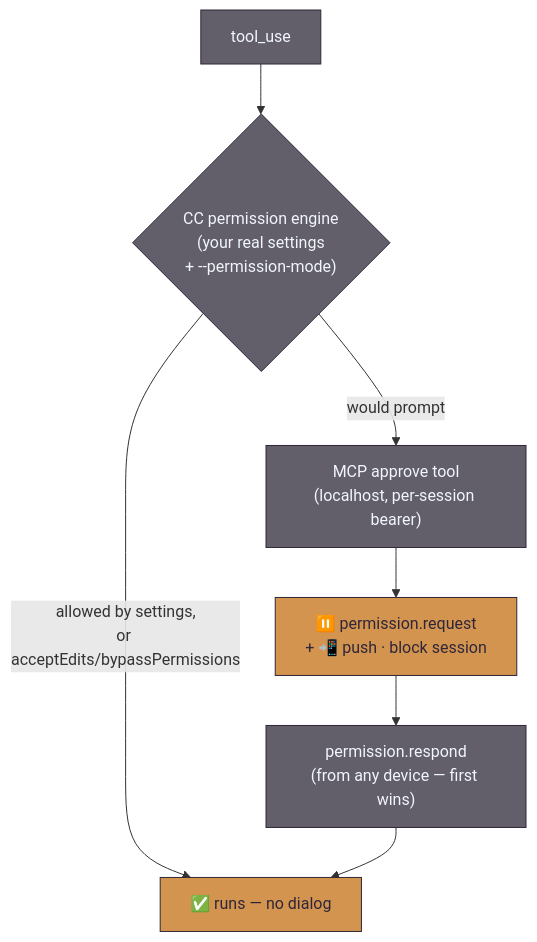
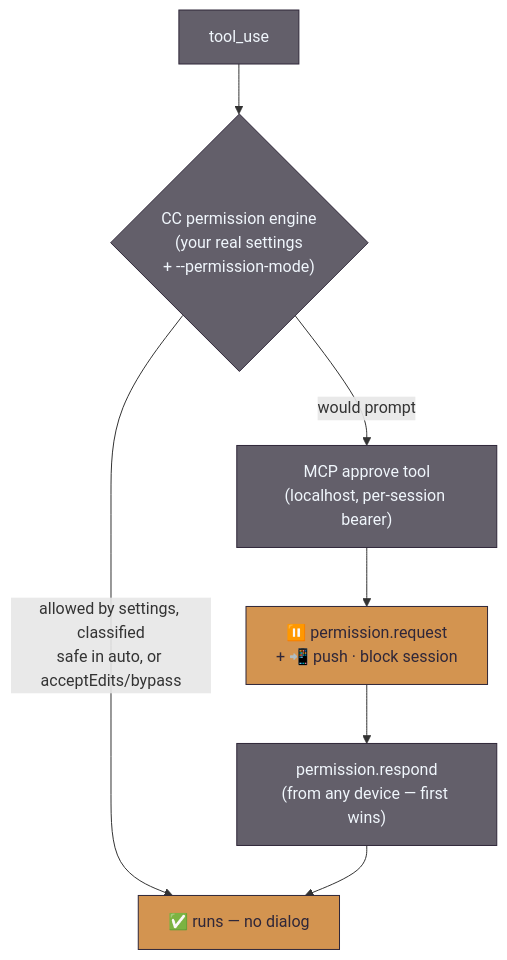
The fourth of 7 diagrams in docs/ARCHITECTURE.md (Seiraiyu/anvil), drawn with Mermaid before and after one commit. The commit also changed other lines of this file and 1 other file, not shown here.

First line of the commit message:
docs(cc-config): architecture + security notes

````diff
--- a/docs/ARCHITECTURE.md
+++ b/docs/ARCHITECTURE.md
@@ -201,13 +201,13 @@
 ```mermaid
 flowchart TD
     tool["tool_use"] --> engine{"CC permission engine<br/>(your real settings<br/>+ --permission-mode)"}
-    engine -->|"allowed by settings,<br/>or acceptEdits/bypassPermissions"| allow["✅ runs — no dialog"]
+    engine -->|"allowed by settings, classified<br/>safe in auto, or acceptEdits/bypass"| allow["✅ runs — no dialog"]
     engine -->|"would prompt"| approve["MCP approve tool<br/>(localhost, per-session bearer)"]
     approve --> ask["⏸️ permission.request<br/>+ 📲 push · block session"]
     ask --> respond["permission.respond<br/>(from any device — first wins)"]
     respond --> allow
     classDef n fill:#635F6A,stroke:#2F2739,color:#F0F6FC;
     classDef stop fill:#D39450,stroke:#2F2739,color:#2F2739;
     class tool,engine,approve,respond n;
     class ask,allow stop;
 ```
````
